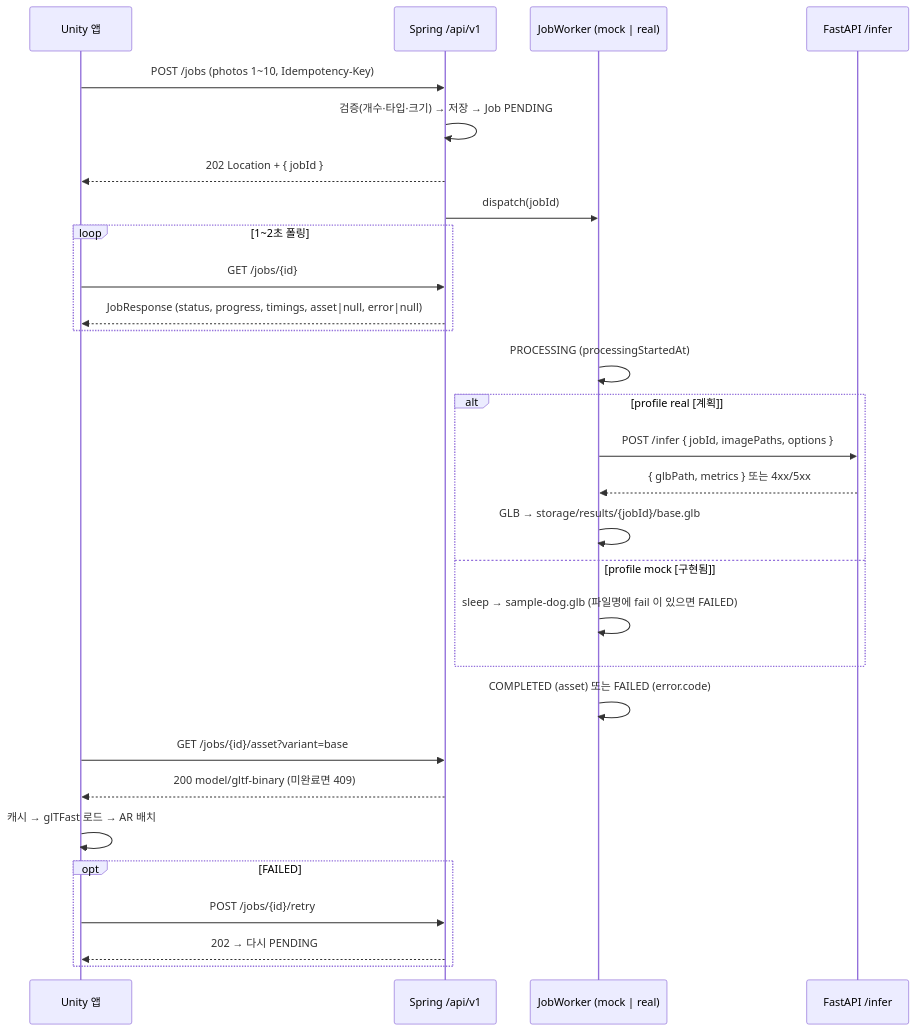
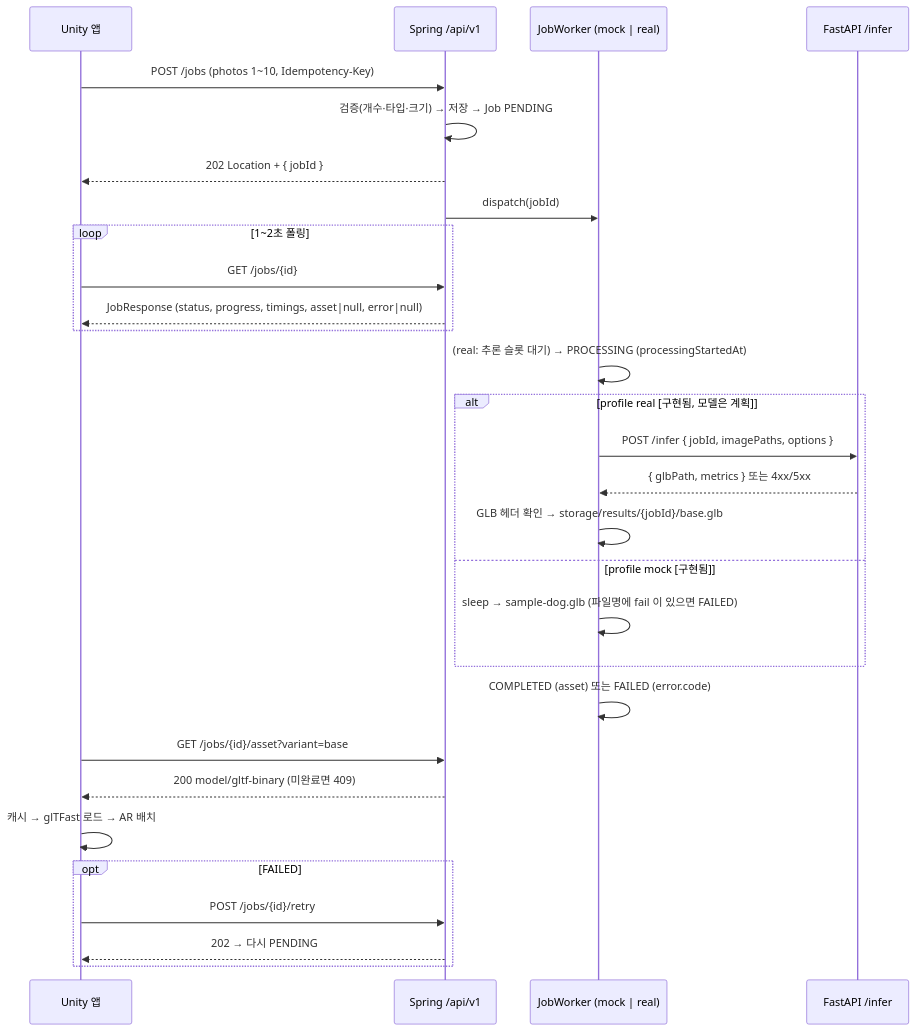
The second of 3 diagrams in docs/ARCHITECTURE.md (minwoo3717/Beside), drawn with Mermaid before and after one commit. The commit also changed other lines of this file and 3 other files, not shown here.

First line of the commit message:
[Backend] 문서: PLAN 4단계 선행 구현과 구조도·측정·GLB 저장 규칙 반영 — 무엇이 끝났고 무엇이 남았는지 구분하도록

````diff
--- a/docs/ARCHITECTURE.md
+++ b/docs/ARCHITECTURE.md
@@ -34,31 +34,31 @@
 ```mermaid
 sequenceDiagram
     participant App as Unity 앱
     participant API as Spring /api/v1
     participant W as JobWorker (mock | real)
     participant Py as FastAPI /infer
     App->>API: POST /jobs (photos 1~10, Idempotency-Key)
     API->>API: 검증(개수·타입·크기) → 저장 → Job PENDING
     API-->>App: 202 Location + { jobId }
     API->>W: dispatch(jobId)
     loop 1~2초 폴링
         App->>API: GET /jobs/{id}
         API-->>App: JobResponse (status, progress, timings, asset|null, error|null)
     end
-    W->>W: PROCESSING (processingStartedAt)
-    alt profile real [계획]
+    W->>W: (real: 추론 슬롯 대기) → PROCESSING (processingStartedAt)
+    alt profile real [구현됨, 모델은 계획]
         W->>Py: POST /infer { jobId, imagePaths, options }
         Py-->>W: { glbPath, metrics } 또는 4xx/5xx
-        W->>W: GLB → storage/results/{jobId}/base.glb
+        W->>W: GLB 헤더 확인 → storage/results/{jobId}/base.glb
     else profile mock [구현됨]
         W->>W: sleep → sample-dog.glb (파일명에 fail 이 있으면 FAILED)
     end
     W->>W: COMPLETED (asset) 또는 FAILED (error.code)
     App->>API: GET /jobs/{id}/asset?variant=base
     API-->>App: 200 model/gltf-binary (미완료면 409)
     App->>App: 캐시 → glTFast 로드 → AR 배치
     opt FAILED
         App->>API: POST /jobs/{id}/retry
         API-->>App: 202 → 다시 PENDING
     end
 ```
````
